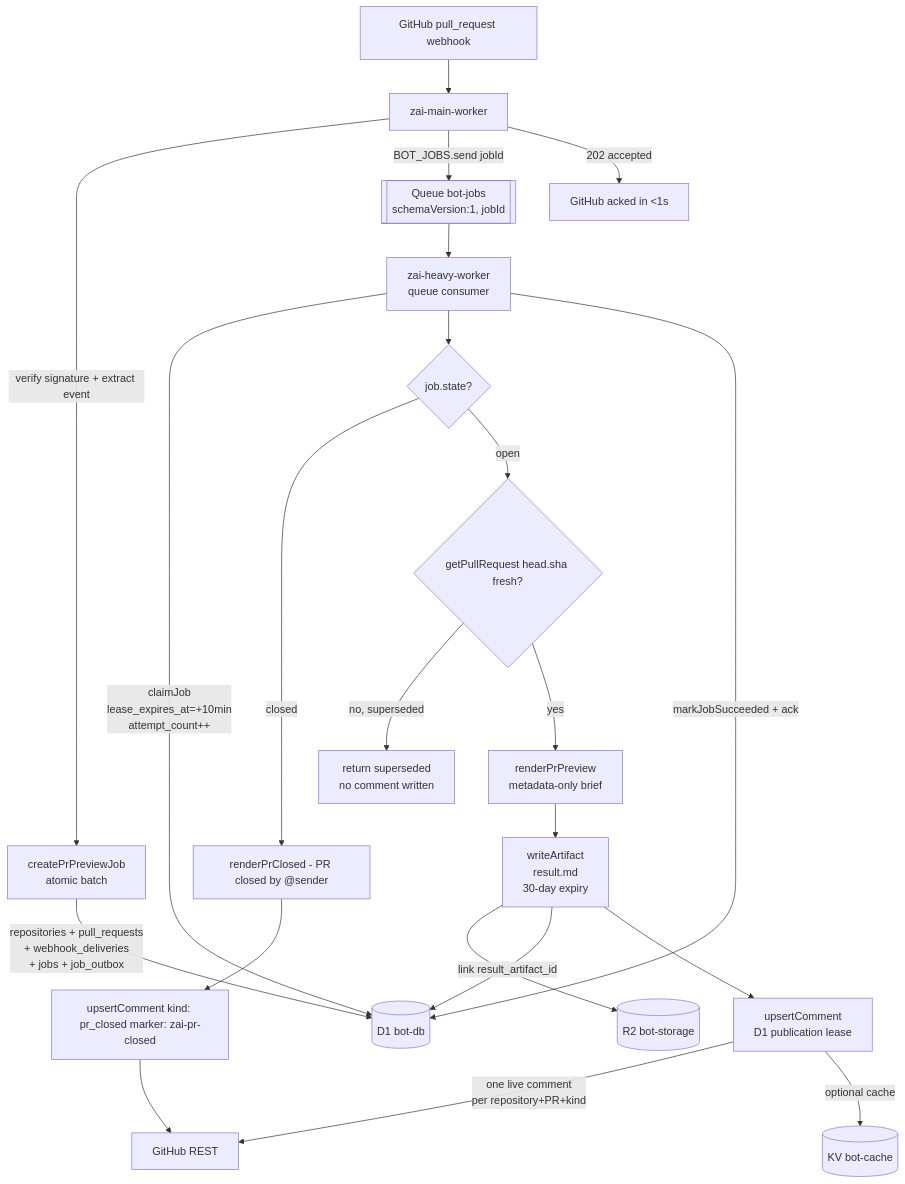
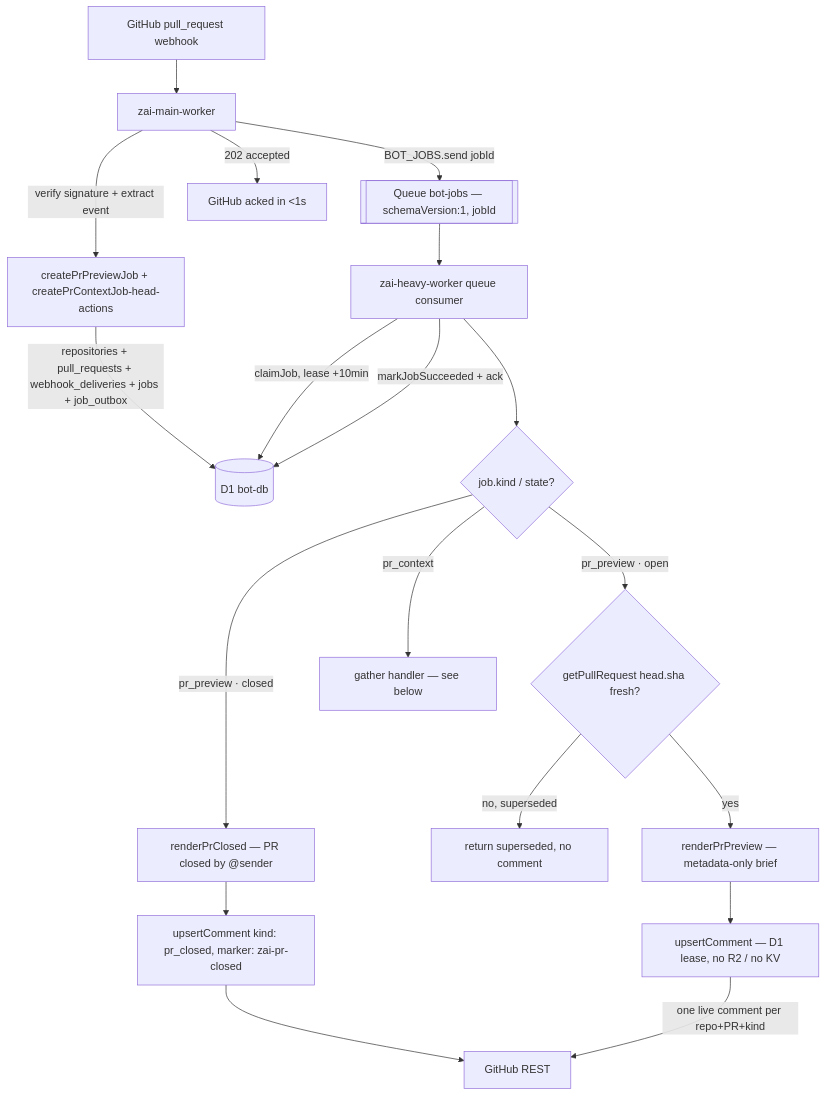
One commit to AndreiDrang/zai-code-bot changed the first of 5 diagrams in poc/README.md. Above: the diagram before and after it, drawn with Mermaid. The commit also changed other lines of this file and 11 other files, not shown here.

````diff
--- a/poc/README.md
+++ b/poc/README.md
@@ -116,24 +124,21 @@
 ```mermaid
 flowchart TD
   WH[GitHub pull_request webhook] --> MAIN[zai-main-worker]
-  MAIN -->|verify signature + extract event| DB1[createPrPreviewJob\natomic batch]
-  DB1 -->|repositories + pull_requests\n+ webhook_deliveries\n+ jobs + job_outbox| D1[(D1 bot-db)]
-  MAIN -->|BOT_JOBS.send jobId| Q[[Queue bot-jobs\nschemaVersion:1, jobId]]
+  MAIN -->|verify signature + extract event| DB1[createPrPreviewJob + createPrContextJob-head-actions]
+  DB1 -->|repositories + pull_requests + webhook_deliveries + jobs + job_outbox| D1[(D1 bot-db)]
+  MAIN -->|BOT_JOBS.send jobId| Q[[Queue bot-jobs — schemaVersion:1, jobId]]
   MAIN -->|202 accepted| GH[GitHub acked in <1s]
-  Q --> HEAVY[zai-heavy-worker\nqueue consumer]
-  HEAVY -->|claimJob\nlease_expires_at=+10min\nattempt_count++| D1
-  HEAVY --> ST{job.state?}
-  ST -- closed --> CLOSED[renderPrClosed - PR closed by @sender]
-  CLOSED --> CLOSEDPUB[upsertComment kind: pr_closed marker: zai-pr-closed]
-  CLOSEDPUB --> GH2
-  ST -- open --> CHK{getPullRequest head.sha fresh?}
-  CHK -- no, superseded --> SKIP[return superseded\nno comment written]
-  CHK -- yes --> REND[renderPrPreview\nmetadata-only brief]
-  REND --> R2W[writeArtifact\nresult.md\n30-day expiry]
-  R2W --> R2[(R2 bot-storage)]
-  R2W -->|link result_artifact_id| D1
-  R2W --> PUB[upsertComment\nD1 publication lease]
-  PUB -->|one live comment\nper repository+PR+kind| GH2[GitHub REST]
-  PUB -->|optional cache| KV[(KV bot-cache)]
+  Q --> HEAVY[zai-heavy-worker queue consumer]
+  HEAVY -->|claimJob, lease +10min| D1
+  HEAVY --> ST{job.kind / state?}
+  ST -- pr_preview · closed --> CLOSED[renderPrClosed — PR closed by @sender]
+  CLOSED --> PUB2[upsertComment kind: pr_closed, marker: zai-pr-closed]
+  PUB2 --> GH2
+  ST -- pr_preview · open --> CHK{getPullRequest head.sha fresh?}
+  CHK -- no, superseded --> SKIP[return superseded, no comment]
+  CHK -- yes --> REND[renderPrPreview — metadata-only brief]
+  REND --> PUB[upsertComment — D1 lease, no R2 / no KV]
+  PUB -->|one live comment per repo+PR+kind| GH2[GitHub REST]
+  ST -- pr_context --> GATHER[gather handler — see below]
   HEAVY -->|markJobSucceeded + ack| D1
 ```
````
